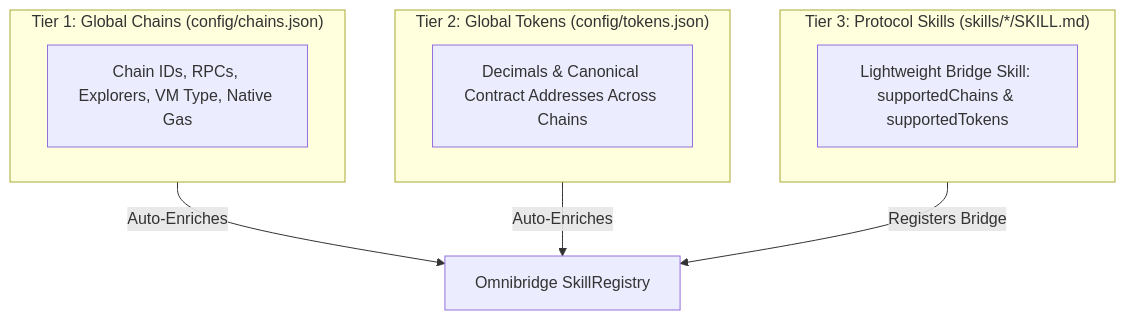
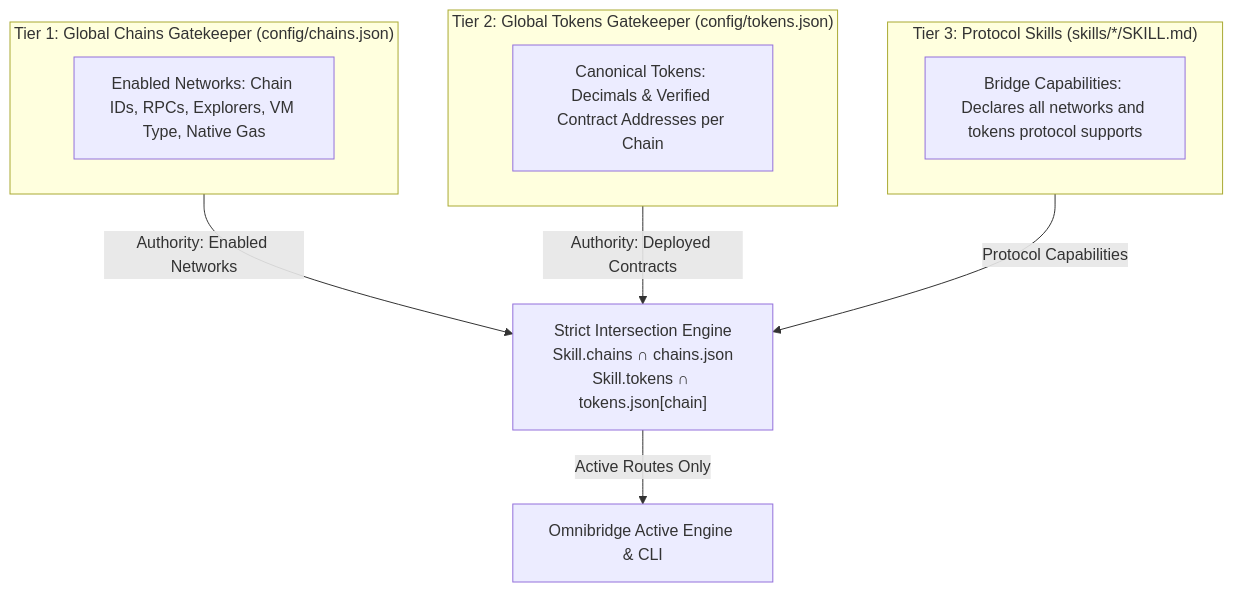
One commit to garantor/omnibridge2.0 changed the diagram in docs/ADDING_BRIDGES_CHAINS_TOKENS.md. Above: the diagram before and after it, drawn with Mermaid. The commit also changed other lines of this file and 3 other files, not shown here.

Commit message:
refactor: enforce strict intersection between registry seed catalogs and protocol skill capabilities

````diff
--- a/docs/ADDING_BRIDGES_CHAINS_TOKENS.md
+++ b/docs/ADDING_BRIDGES_CHAINS_TOKENS.md
@@ -5,18 +5,19 @@
 ```mermaid
 graph TD
-    subgraph Tier1 ["Tier 1: Global Chains (config/chains.json)"]
-        C["Chain IDs, RPCs, Explorers, VM Type, Native Gas"]
+    subgraph Tier1 ["Tier 1: Global Chains Gatekeeper (config/chains.json)"]
+        C["Enabled Networks: Chain IDs, RPCs, Explorers, VM Type, Native Gas"]
     end
 
-    subgraph Tier2 ["Tier 2: Global Tokens (config/tokens.json)"]
-        T["Decimals & Canonical Contract Addresses Across Chains"]
+    subgraph Tier2 ["Tier 2: Global Tokens Gatekeeper (config/tokens.json)"]
+        T["Canonical Tokens: Decimals & Verified Contract Addresses per Chain"]
     end
 
     subgraph Tier3 ["Tier 3: Protocol Skills (skills/*/SKILL.md)"]
-        S["Lightweight Bridge Skill: supportedChains & supportedTokens"]
+        S["Bridge Capabilities: Declares all networks and tokens protocol supports"]
     end
 
-    Tier1 -->|Auto-Enriches| Engine["Omnibridge SkillRegistry"]
-    Tier2 -->|Auto-Enriches| Engine
-    Tier3 -->|Registers Bridge| Engine
+    Tier1 -->|Authority: Enabled Networks| Intersection["Strict Intersection Engine<br/>Skill.chains ∩ chains.json<br/>Skill.tokens ∩ tokens.json[chain]"]
+    Tier2 -->|Authority: Deployed Contracts| Intersection
+    Tier3 -->|Protocol Capabilities| Intersection
+    Intersection -->|Active Routes Only| Engine["Omnibridge Active Engine & CLI"]
 ```
````
